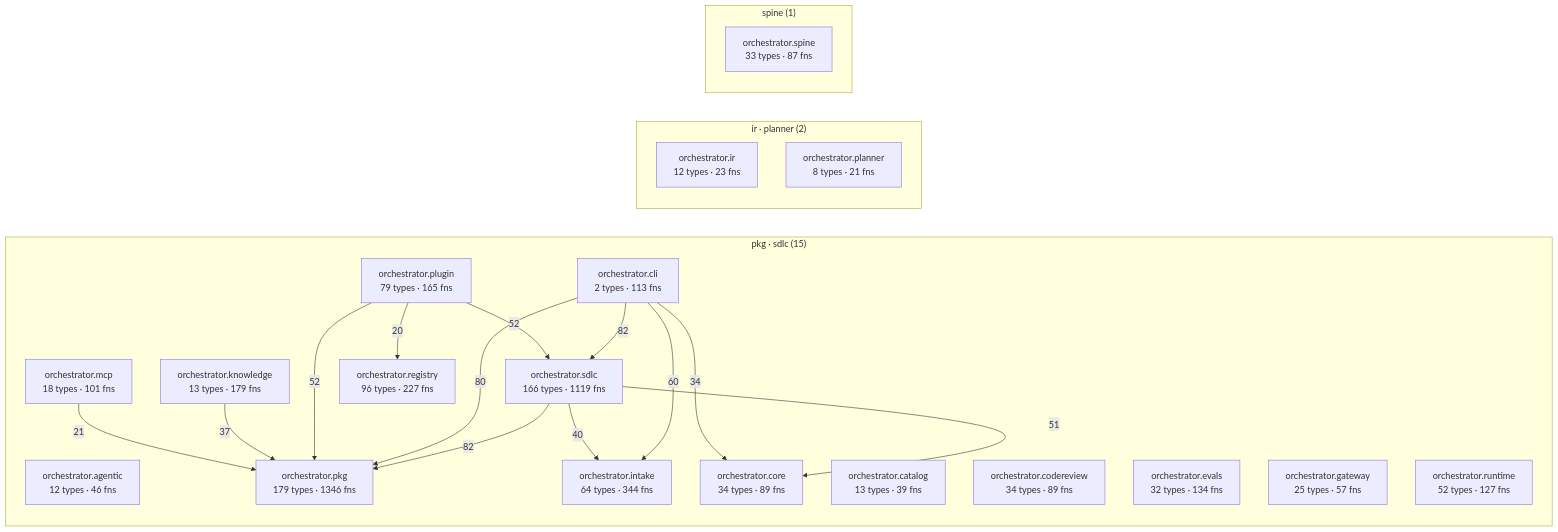
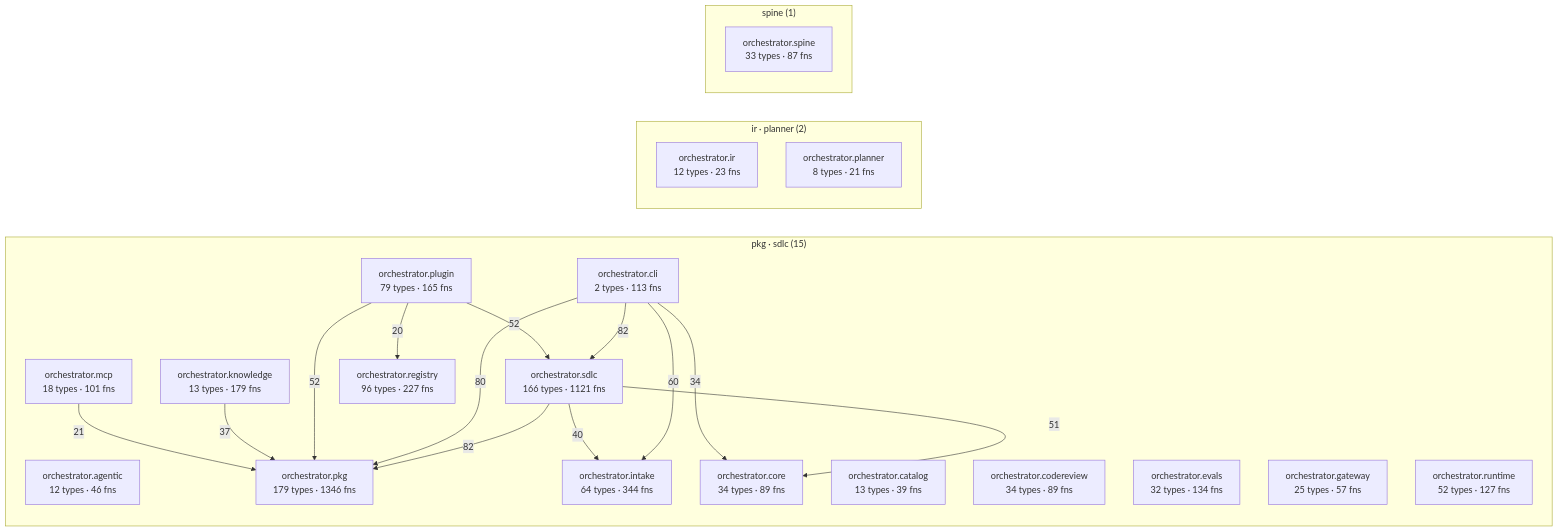
Before and after one commit to synaptixs/spine: the diagram in episteme/architecture.md, drawn with Mermaid. The commit also changed other lines of this file and 8 other files, not shown here.

````diff
--- a/episteme/architecture.md
+++ b/episteme/architecture.md
@@ -56,39 +56,39 @@
 ```mermaid
 flowchart LR
   subgraph c_2["pkg · sdlc (15)"]
     aorchestratoragentic["orchestrator.agentic<br/>12 types · 46 fns"]
     aorchestratorcatalog["orchestrator.catalog<br/>13 types · 39 fns"]
     aorchestratorcli["orchestrator.cli<br/>2 types · 113 fns"]
     aorchestratorcodereview["orchestrator.codereview<br/>34 types · 89 fns"]
     aorchestratorcore["orchestrator.core<br/>34 types · 89 fns"]
     aorchestratorevals["orchestrator.evals<br/>32 types · 134 fns"]
     aorchestratorgateway["orchestrator.gateway<br/>25 types · 57 fns"]
     aorchestratorintake["orchestrator.intake<br/>64 types · 344 fns"]
     aorchestratorknowledge["orchestrator.knowledge<br/>13 types · 179 fns"]
     aorchestratormcp["orchestrator.mcp<br/>18 types · 101 fns"]
     aorchestratorpkg["orchestrator.pkg<br/>179 types · 1346 fns"]
     aorchestratorplugin["orchestrator.plugin<br/>79 types · 165 fns"]
     aorchestratorregistry["orchestrator.registry<br/>96 types · 227 fns"]
     aorchestratorruntime["orchestrator.runtime<br/>52 types · 127 fns"]
-    aorchestratorsdlc["orchestrator.sdlc<br/>166 types · 1119 fns"]
+    aorchestratorsdlc["orchestrator.sdlc<br/>166 types · 1121 fns"]
   end
   subgraph c_5["ir · planner (2)"]
     aorchestratorir["orchestrator.ir<br/>12 types · 23 fns"]
     aorchestratorplanner["orchestrator.planner<br/>8 types · 21 fns"]
   end
   subgraph c_10["spine (1)"]
     aorchestratorspine["orchestrator.spine<br/>33 types · 87 fns"]
   end
   aorchestratorcli -->|82| aorchestratorsdlc
   aorchestratorsdlc -->|82| aorchestratorpkg
   aorchestratorcli -->|80| aorchestratorpkg
   aorchestratorcli -->|60| aorchestratorintake
   aorchestratorplugin -->|52| aorchestratorpkg
   aorchestratorplugin -->|52| aorchestratorsdlc
   aorchestratorsdlc -->|51| aorchestratorcore
   aorchestratorsdlc -->|40| aorchestratorintake
   aorchestratorknowledge -->|37| aorchestratorpkg
   aorchestratorcli -->|34| aorchestratorcore
   aorchestratormcp -->|21| aorchestratorpkg
   aorchestratorplugin -->|20| aorchestratorregistry
 ```
````
